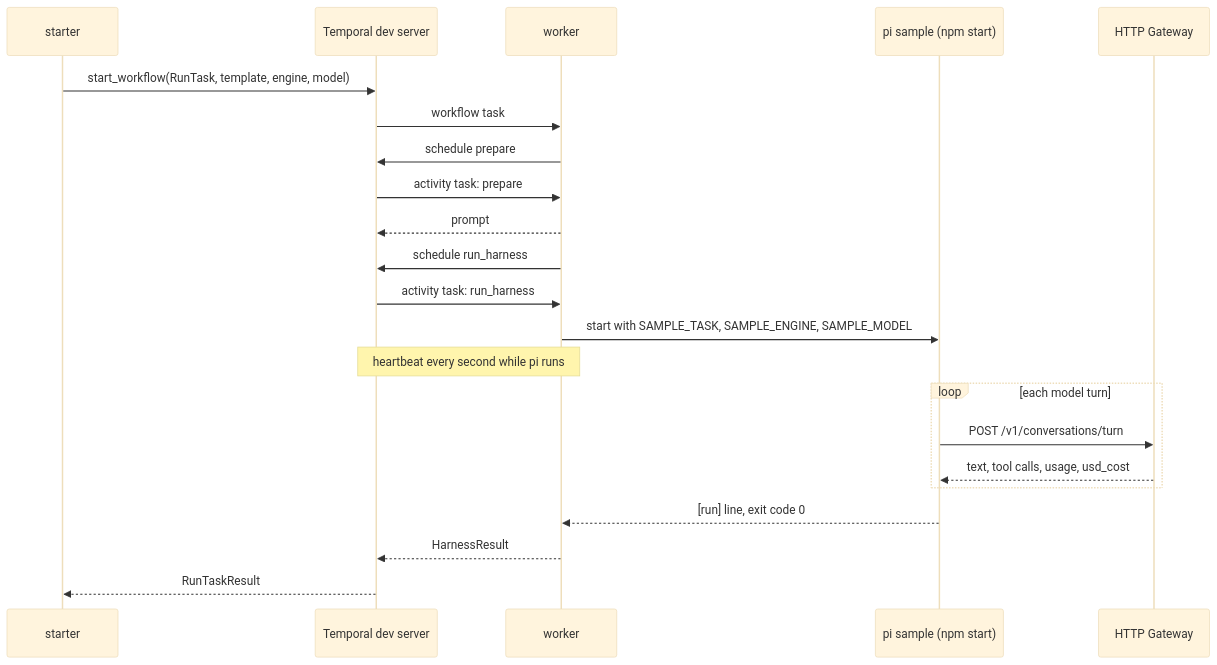
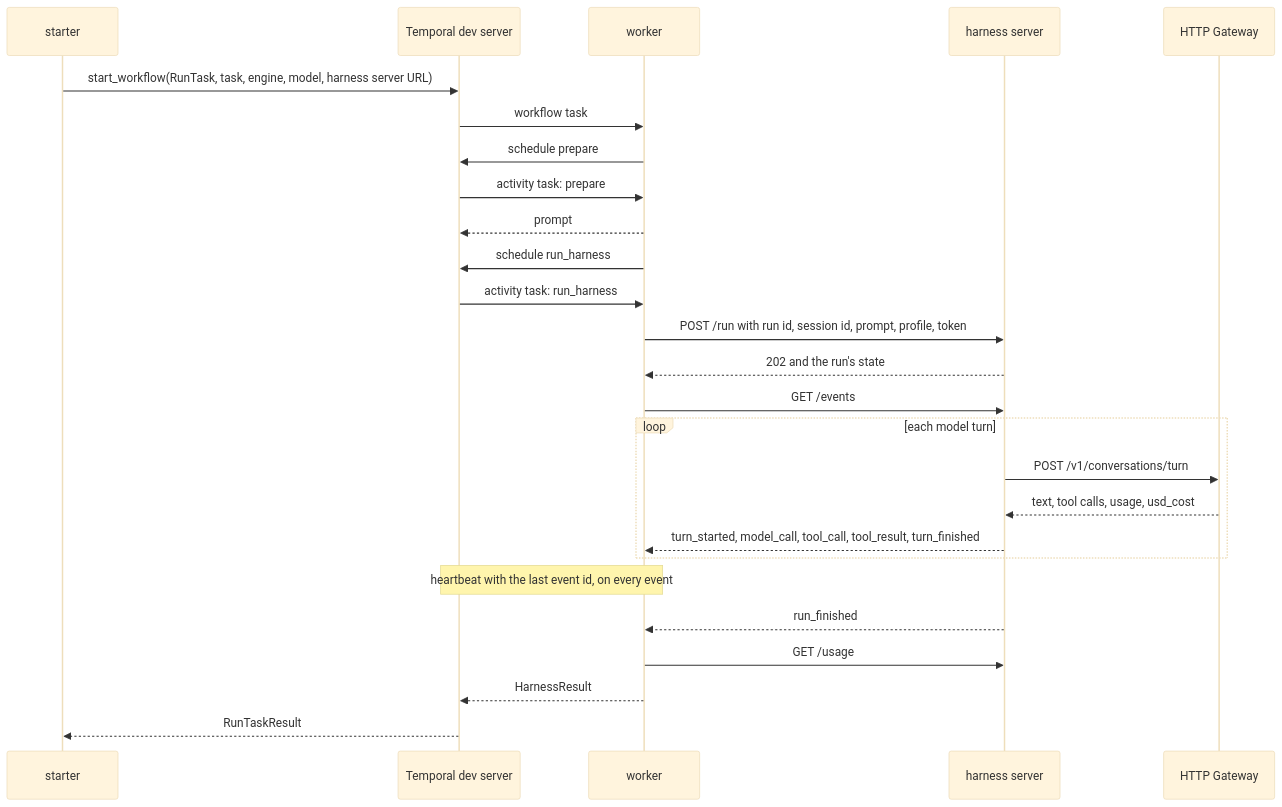
Before and after one commit to davecthomas/meta-harness: the diagram in samples/temporal-run-task/README.md, drawn with Mermaid (base theme). The commit also changed other lines of this file and 25 other files, not shown here.

First line of the commit message:
images/harness-pi: the harness server, the Run API over pi's SDK (#8)

````diff
--- a/samples/temporal-run-task/README.md
+++ b/samples/temporal-run-task/README.md
@@ -43,24 +70,28 @@
 ```mermaid
 sequenceDiagram
     participant S as starter
     participant T as Temporal dev server
     participant W as worker
-    participant P as pi sample (npm start)
+    participant H as harness server
     participant G as HTTP Gateway
-    S->>T: start_workflow(RunTask, template, engine, model)
+    S->>T: start_workflow(RunTask, task, engine, model, harness server URL)
     T->>W: workflow task
     W->>T: schedule prepare
     T->>W: activity task: prepare
     W-->>T: prompt
     W->>T: schedule run_harness
     T->>W: activity task: run_harness
-    W->>P: start with SAMPLE_TASK, SAMPLE_ENGINE, SAMPLE_MODEL
-    Note over W,T: heartbeat every second while pi runs
+    W->>H: POST /run with run id, session id, prompt, profile, token
+    H-->>W: 202 and the run's state
+    W->>H: GET /events
     loop each model turn
-        P->>G: POST /v1/conversations/turn
-        G-->>P: text, tool calls, usage, usd_cost
+        H->>G: POST /v1/conversations/turn
+        G-->>H: text, tool calls, usage, usd_cost
+        H-->>W: turn_started, model_call, tool_call, tool_result, turn_finished
     end
-    P-->>W: [run] line, exit code 0
+    Note over W,T: heartbeat with the last event id, on every event
+    H-->>W: run_finished
+    W->>H: GET /usage
     W-->>T: HarnessResult
     T-->>S: RunTaskResult
 ```
````
